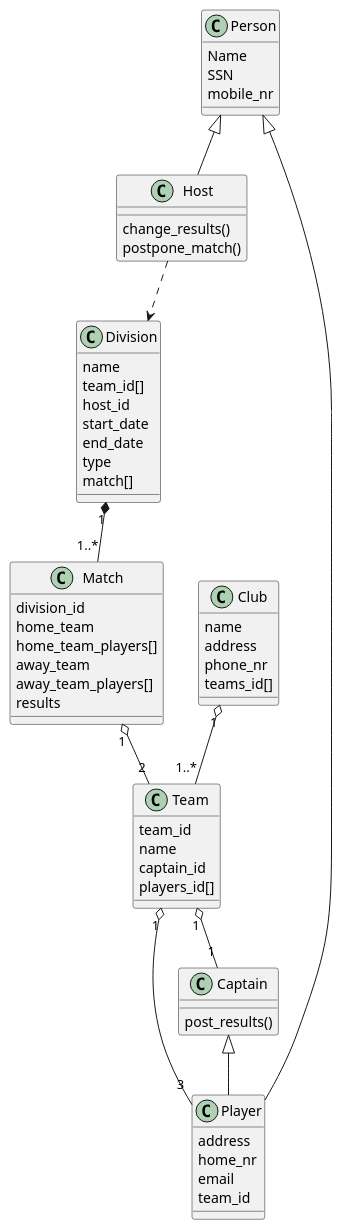
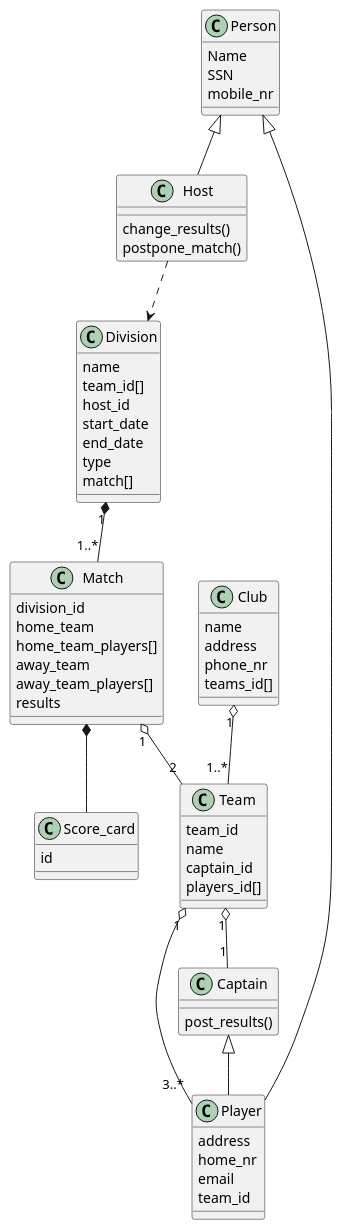
The diagram in Hönnun/ClassDiagram/classdiagram.puml (StankWizardLizard/VNL1-2022-HOPUR-28), drawn with PlantUML before and after one commit. The commit also changed 1 other file, not shown here.

Commit message:
Dataststructure for a match and a clsdiagram fix

```diff
--- a/Hönnun/ClassDiagram/classdiagram.puml
+++ b/Hönnun/ClassDiagram/classdiagram.puml
@@ -1,70 +1,74 @@
 @startuml lol
 
 Person <|-- Host
 Person <|-- Player
 Captain <|-- Player
-Team "1" o-- "3" Player
+Team "1" o-- "3..*" Player
 Team "1" o-- "1" Captain
 Club "1" o-- "1..*" Team 
 Match "1" o-- "2" Team 
 Division "1" *-- "1..*" Match  
 Host ..> Division
+Match *-- Score_card 
 
+class Score_card{
+    id
+}
 
 class Person {
     Name
     SSN
     mobile_nr
 }
 
 class Player {
     address
     home_nr
     email
     team_id
 }
 
 class Host {
     change_results()
     postpone_match()
 }
 
 class Captain {
     post_results()
 }
 
 class Club {
     name
     address
     phone_nr
     teams_id[]
 }
 
 class Team {
     team_id
     name
     captain_id
     players_id[]
 }
 
 class Division {
     name
     team_id[]
     host_id
     start_date
     end_date
     type
     match[]
 }
 
 class Match {
     division_id
     home_team
     home_team_players[]
     away_team
     away_team_players[]
     results
 
 }
 
 @enduml
```
